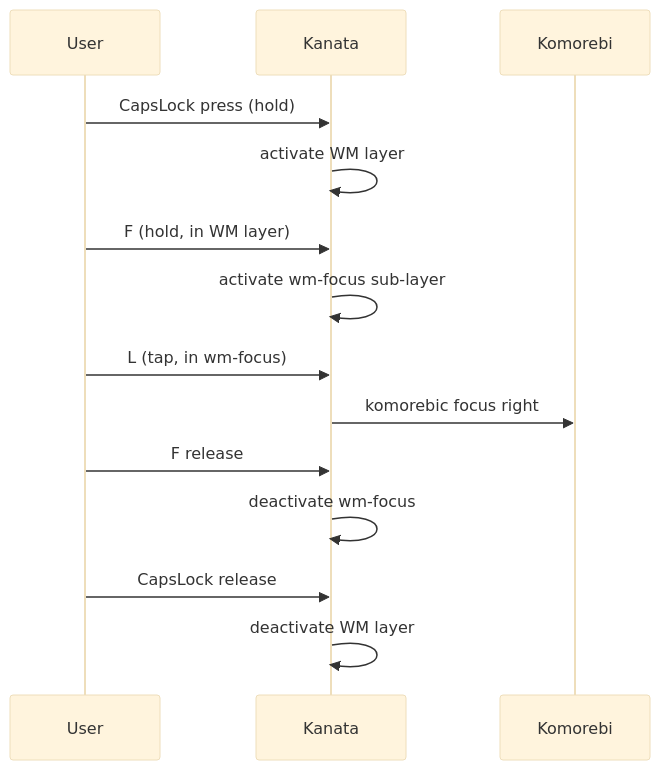
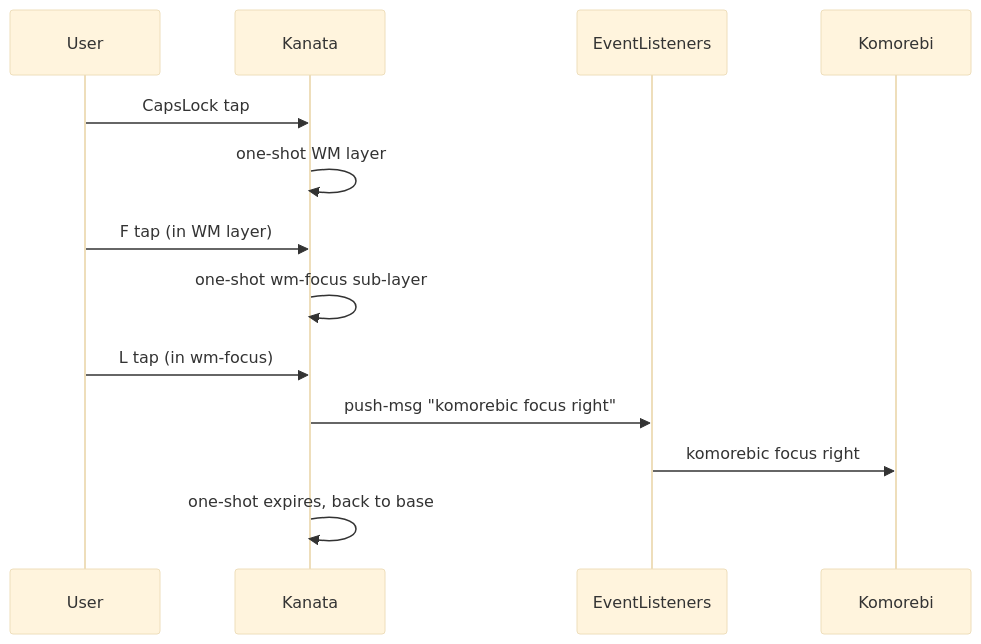
One commit to MattKotsenas/dotfiles changed the second of 3 diagrams in keyboard/README.md. Above: the diagram before and after it, drawn with Mermaid (base theme). The commit also changed other lines of this file and 5 other files, not shown here.

First line of the commit message:
docs: update README, KEYMAP, and comments for current architecture

````diff
--- a/keyboard/README.md
+++ b/keyboard/README.md
@@ -34,17 +35,16 @@
 ```mermaid
 sequenceDiagram
     participant User
     participant Kanata
+    participant EventListeners
     participant Komorebi
 
-    User->>Kanata: CapsLock press (hold)
-    Kanata->>Kanata: activate WM layer
-    User->>Kanata: F (hold, in WM layer)
-    Kanata->>Kanata: activate wm-focus sub-layer
-    User->>Kanata: L (tap, in wm-focus)
-    Kanata->>Komorebi: komorebic focus right
-    User->>Kanata: F release
-    Kanata->>Kanata: deactivate wm-focus
-    User->>Kanata: CapsLock release
-    Kanata->>Kanata: deactivate WM layer
+    User->>Kanata: CapsLock tap
+    Kanata->>Kanata: one-shot WM layer
+    User->>Kanata: F tap (in WM layer)
+    Kanata->>Kanata: one-shot wm-focus sub-layer
+    User->>Kanata: L tap (in wm-focus)
+    Kanata->>EventListeners: push-msg "komorebic focus right"
+    EventListeners->>Komorebi: komorebic focus right
+    Kanata->>Kanata: one-shot expires, back to base
 ```
````
